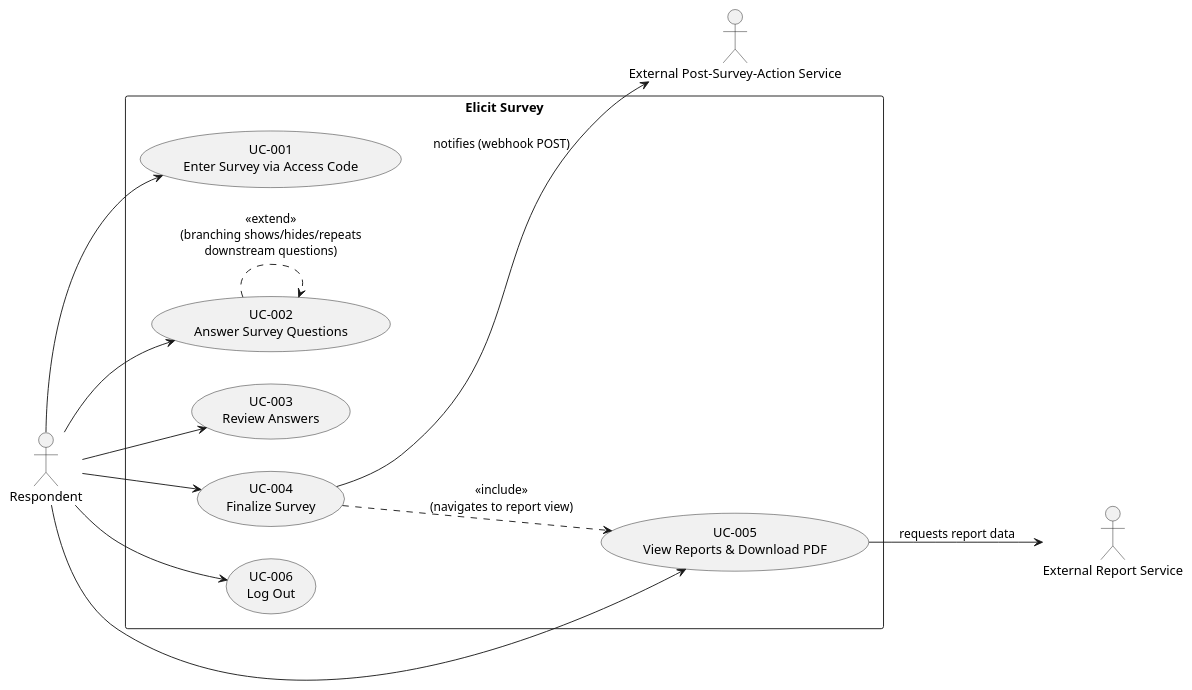
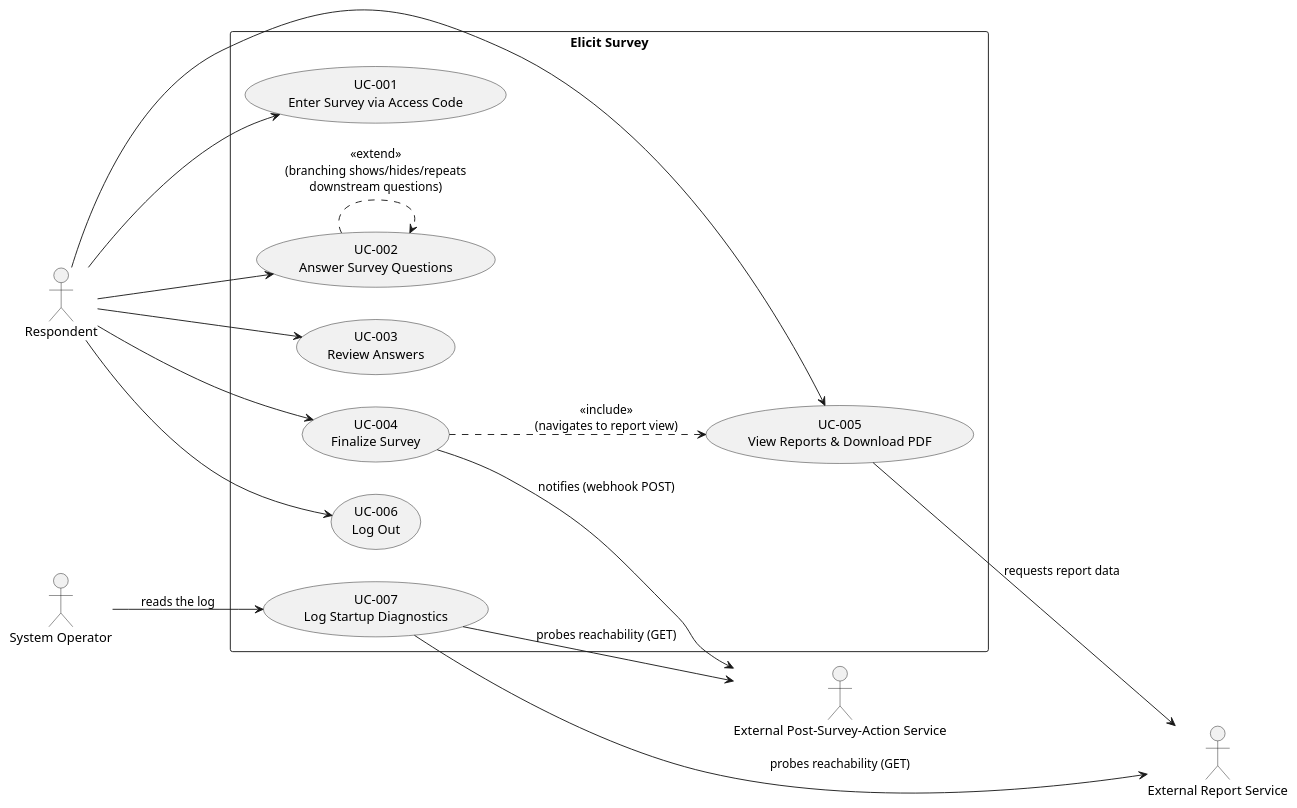
The diagram in docs/use_cases.puml (ElicitSoftware/Survey), drawn with PlantUML before and after one commit. The commit also changed 16 other files, not shown here.

```diff
--- a/docs/use_cases.puml
+++ b/docs/use_cases.puml
@@ -1,31 +1,36 @@
 @startuml
 left to right direction
 skinparam packageStyle rectangle
 
 actor "Respondent" as Respondent
 actor "External Report Service" as ReportSvc
 actor "External Post-Survey-Action Service" as PsaSvc
+actor "System Operator" as Operator
 
 rectangle "Elicit Survey" {
   usecase "UC-001\nEnter Survey via Access Code" as UC001
   usecase "UC-002\nAnswer Survey Questions" as UC002
   usecase "UC-003\nReview Answers" as UC003
   usecase "UC-004\nFinalize Survey" as UC004
   usecase "UC-005\nView Reports & Download PDF" as UC005
   usecase "UC-006\nLog Out" as UC006
+  usecase "UC-007\nLog Startup Diagnostics" as UC007
 }
 
 Respondent --> UC001
 Respondent --> UC002
 Respondent --> UC003
 Respondent --> UC004
 Respondent --> UC005
 Respondent --> UC006
+Operator --> UC007 : reads the log
 
 UC004 ..> UC005 : <<include>>\n(navigates to report view)
 UC002 ..> UC002 : <<extend>>\n(branching shows/hides/repeats\ndownstream questions)
 
 UC004 --> PsaSvc : notifies (webhook POST)
 UC005 --> ReportSvc : requests report data
+UC007 --> ReportSvc : probes reachability (GET)
+UC007 --> PsaSvc : probes reachability (GET)
 
 @enduml
```
